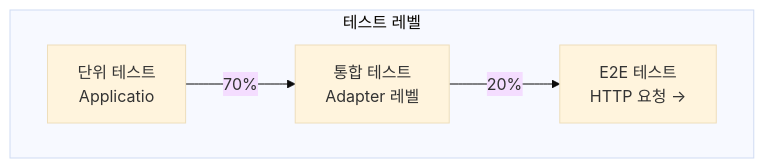
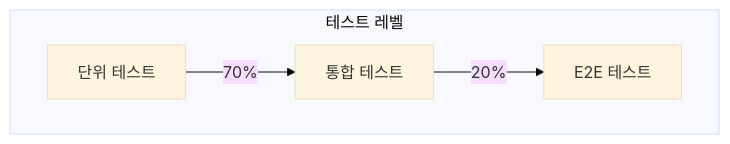
One commit to yjkim2015/yjkim2015.github.io changed the third of 4 diagrams in _posts/architecture/2026-05-01-hexagonal.md. Above: the diagram before and after it, drawn with Mermaid (base theme). The commit also changed other lines of this file and 217 other files, not shown here.

First line of the commit message:
Mermaid 크기 수정: useMaxWidth:true + SVG max-width:100% + 라벨 축소

````diff
--- a/_posts/architecture/2026-05-01-hexagonal.md
+++ b/_posts/architecture/2026-05-01-hexagonal.md
@@ -272,11 +272,11 @@
 ```mermaid
 graph TD
     subgraph "테스트 레벨"
-        UT["단위 테스트\nApplicatio"]
-        IT["통합 테스트\nAdapter 레벨"]
-        E2E["E2E 테스트\nHTTP 요청 →"]
+        UT["단위 테스트"]
+        IT["통합 테스트"]
+        E2E["E2E 테스트"]
     end
     UT -->|"70%"| IT
     IT -->|"20%"| E2E
     class E2E e2e
 ```
````
